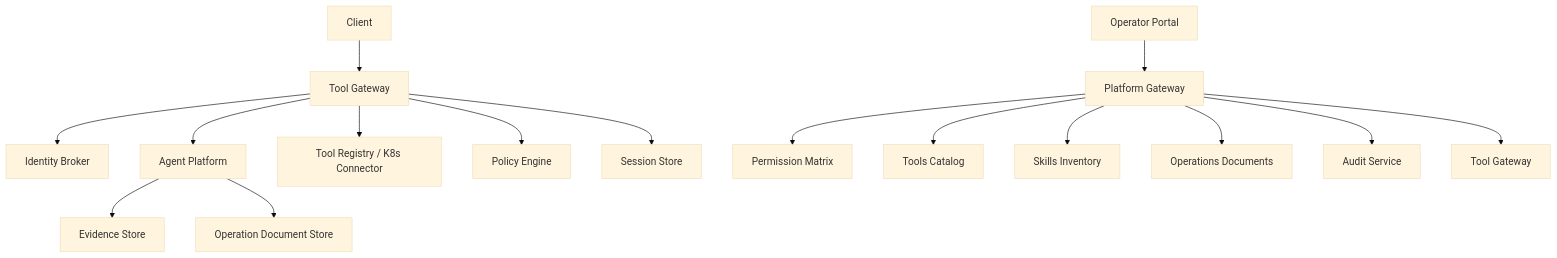
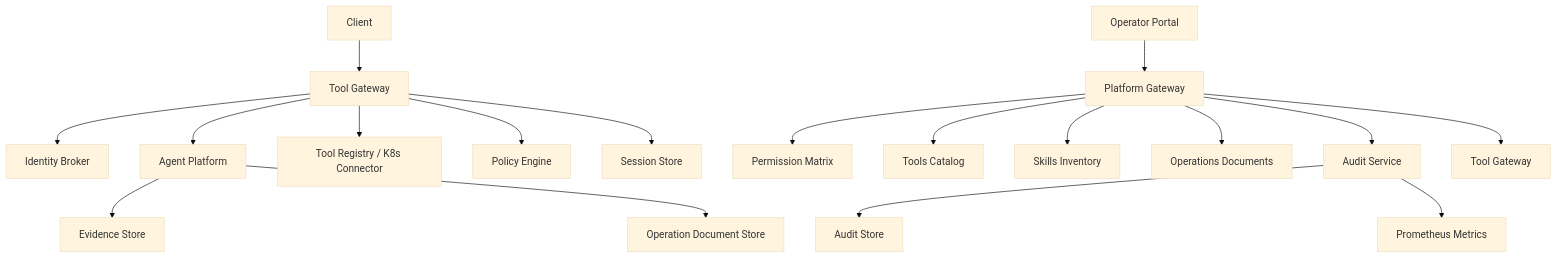
The first of 3 diagrams in .qoder/repowiki/en/content/API Reference/API Reference.md (metasync/luban-aiops), drawn with Mermaid (base theme) before and after one commit. The commit also changed other lines of this file and 4 other files, not shown here.

````diff
--- a/.qoder/repowiki/en/content/API Reference/API Reference.md
+++ b/.qoder/repowiki/en/content/API Reference/API Reference.md
@@ -106,18 +110,20 @@
 ```mermaid
 graph TB
 Client["Client"] --> Gateway["Tool Gateway"]
 Gateway --> Auth["Identity Broker"]
 Gateway --> Agent["Agent Platform"]
 Gateway --> Tools["Tool Registry / K8s Connector"]
 Gateway --> Policy["Policy Engine"]
 Gateway --> Store["Session Store"]
 Portal["Operator Portal"] --> PlatformGW["Platform Gateway"]
 PlatformGW --> PolicyMatrix["Permission Matrix"]
 PlatformGW --> ToolsCatalog["Tools Catalog"]
 PlatformGW --> SkillsInventory["Skills Inventory"]
 PlatformGW --> Documents["Operations Documents"]
 PlatformGW --> AuditService["Audit Service"]
 PlatformGW --> ToolGateway["Tool Gateway"]
 Agent --> EvidenceStore["Evidence Store"]
 Agent --> DocStore["Operation Document Store"]
+AuditService --> AuditStore["Audit Store"]
+AuditService --> Metrics["Prometheus Metrics"]
 ```
````
